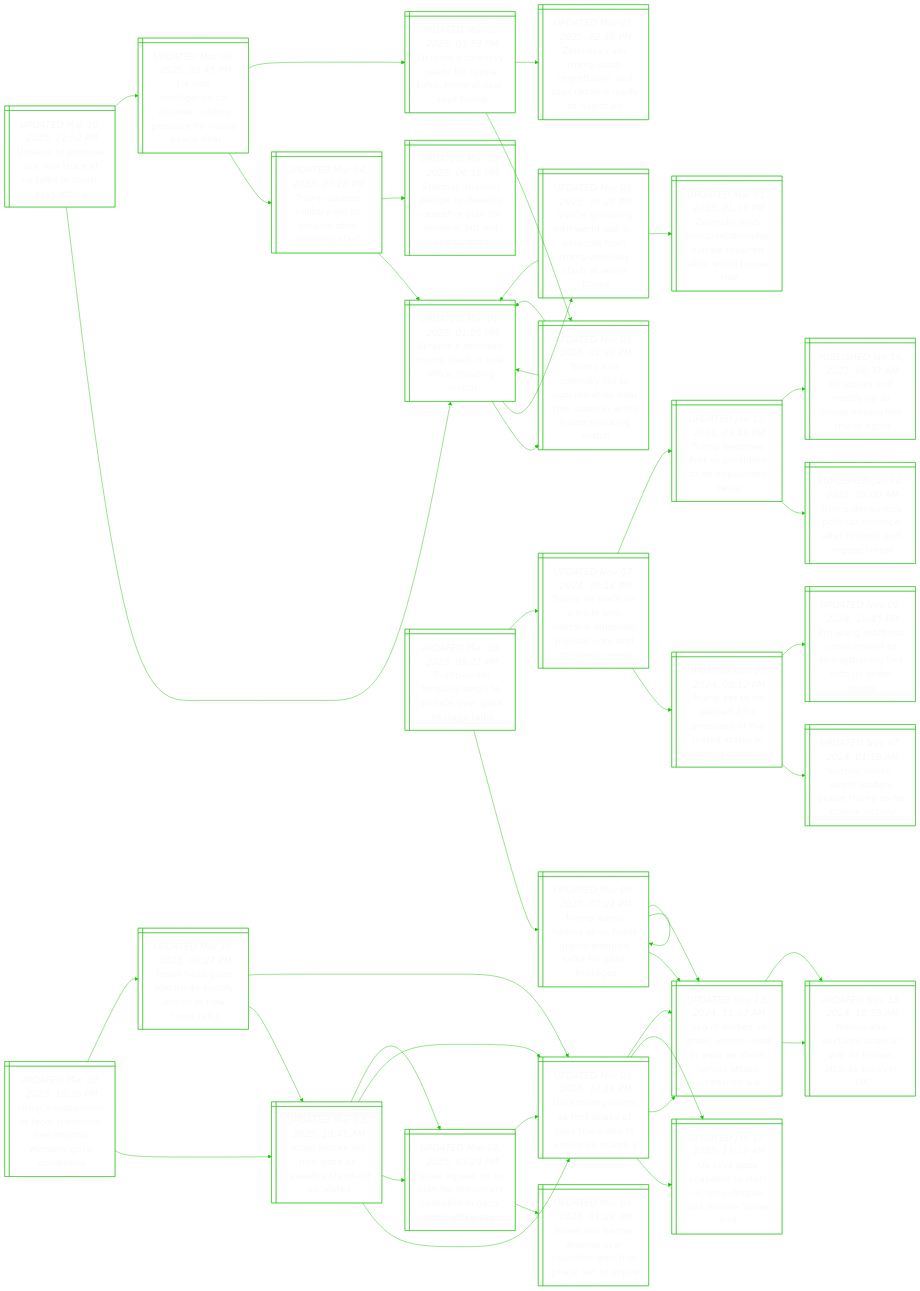
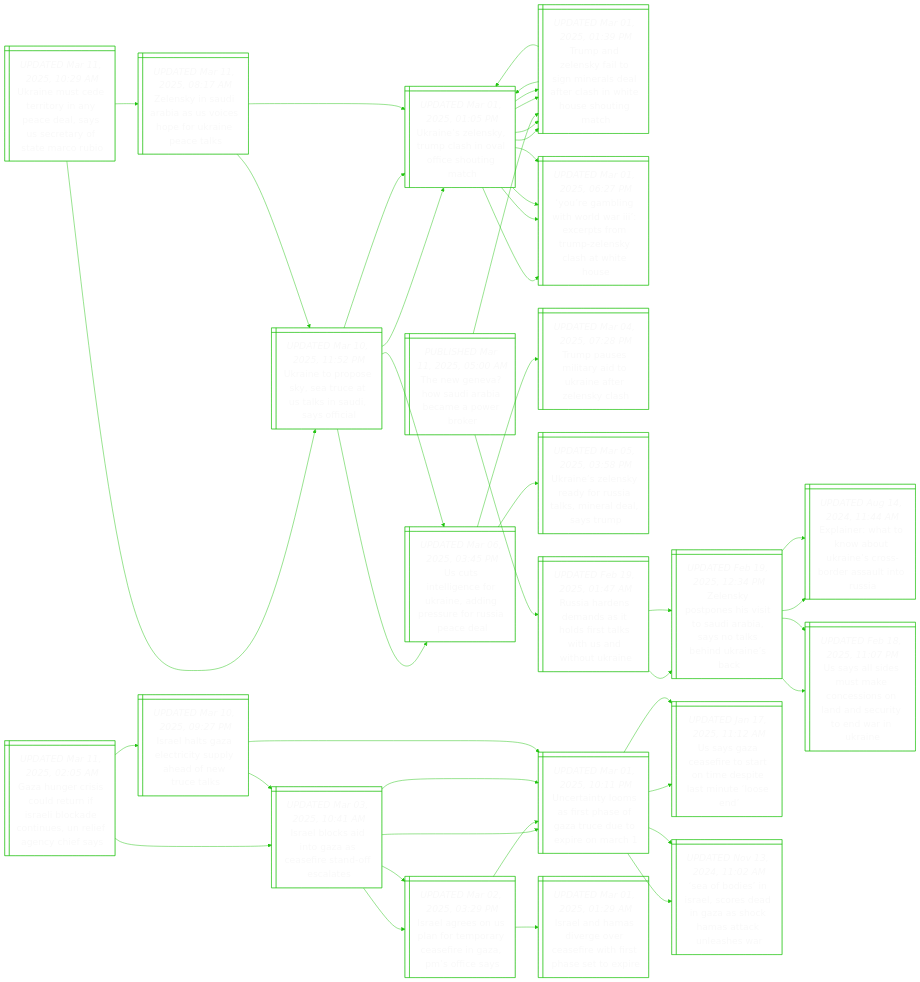
Before and after one commit to notJmes/notJmes: the diagram in README.md, drawn with Mermaid. The commit also changed other lines of this file, not shown here.

```diff
--- a/README.md
+++ b/README.md
@@ -16,100 +16,100 @@
 flowchart LR
 classDef txtsize font-size:20px;
 
+UntttneeyeaSMR@{ shape: win-pane, label: "_UPDATED Mar 11, 2025, 10:29 AM_
+Ukraine must cede territory in any peace deal, says us secretary of state marco rubio" }
 UnreecSsuyi@{ shape: win-pane, label: "_UPDATED Mar 10, 2025, 11:52 PM_
 Ukraine to propose sky, sea truce at us talks in saudi, says official" }
 Unlyphaiogh@{ shape: win-pane, label: "_UPDATED Mar 01, 2025, 01:05 PM_
 Ukraine’s zelensky, trump clash in oval office shouting match" }
 TalytnretaWHsit@{ shape: win-pane, label: "_UPDATED Mar 01, 2025, 01:39 PM_
 Trump and zelensky fail to sign minerals deal after clash in white house shouting match" }
+YgitlIcsTZsaWH@{ shape: win-pane, label: "_UPDATED Mar 01, 2025, 06:27 PM_
+‘you’re gambling with world war iii’: excerpts from trump-zelensky clash at white house" }
+UslnridrrRae@{ shape: win-pane, label: "_UPDATED Mar 06, 2025, 03:45 PM_
+Us cuts intelligence for ukraine, adding pressure for russia peace deal" }
+Tpstikernl@{ shape: win-pane, label: "_UPDATED Mar 04, 2025, 07:28 PM_
+Trump pauses military aid to ukraine after zelensky clash" }
+UnlyyutmalT@{ shape: win-pane, label: "_UPDATED Mar 05, 2025, 03:58 PM_
+Ukraine’s zelensky ready for russia talks, mineral deal, says trump" }
+ZsSAavsfrpt@{ shape: win-pane, label: "_UPDATED Mar 11, 2025, 08:17 AM_
+Zelensky in saudi arabia as us voices hope for ukraine peace talks" }
+UnreecSsuyi@{ shape: win-pane, label: "_UPDATED Mar 10, 2025, 11:52 PM_
+Ukraine to propose sky, sea truce at us talks in saudi, says official" }
 Unlyphaiogh@{ shape: win-pane, label: "_UPDATED Mar 01, 2025, 01:05 PM_
 Ukraine’s zelensky, trump clash in oval office shouting match" }
+UslnridrrRae@{ shape: win-pane, label: "_UPDATED Mar 06, 2025, 03:45 PM_
+Us cuts intelligence for ukraine, adding pressure for russia peace deal" }
 Unlyphaiogh@{ shape: win-pane, label: "_UPDATED Mar 01, 2025, 01:05 PM_
 Ukraine’s zelensky, trump clash in oval office shouting match" }
+TalytnretaWHsit@{ shape: win-pane, label: "_UPDATED Mar 01, 2025, 01:39 PM_
+Trump and zelensky fail to sign minerals deal after clash in white house shouting match" }
+YgitlIcsTZsaWH@{ shape: win-pane, label: "_UPDATED Mar 01, 2025, 06:27 PM_
+‘you’re gambling with world war iii’: excerpts from trump-zelensky clash at white house" }
+
+UntttneeyeaSMR:::txtsize --> UnreecSsuyi:::txtsize
+UnreecSsuyi:::txtsize --> Unlyphaiogh:::txtsize
+Unlyphaiogh:::txtsize --> TalytnretaWHsit:::txtsize
+Unlyphaiogh:::txtsize --> YgitlIcsTZsaWH:::txtsize
+UnreecSsuyi:::txtsize --> UslnridrrRae:::txtsize
+UslnridrrRae:::txtsize --> Tpstikernl:::txtsize
+UslnridrrRae:::txtsize --> UnlyyutmalT:::txtsize
+UntttneeyeaSMR:::txtsize --> ZsSAavsfrpt:::txtsize
+ZsSAavsfrpt:::txtsize --> UnreecSsuyi:::txtsize
+UnreecSsuyi:::txtsize --> Unlyphaiogh:::txtsize
+UnreecSsuyi:::txtsize --> UslnridrrRae:::txtsize
+ZsSAavsfrpt:::txtsize --> Unlyphaiogh:::txtsize
+Unlyphaiogh:::txtsize --> TalytnretaWHsit:::txtsize
+Unlyphaiogh:::txtsize --> YgitlIcsTZsaWH:::txtsize
+
+TwvSAamwo@{ shape: win-pane, label: "_PUBLISHED Mar 11, 2025, 05:00 AM_
+The new geneva? how saudi arabia became a power broker" }
+TalytnretaWHsit@{ shape: win-pane, label: "_UPDATED Mar 01, 2025, 01:39 PM_
+Trump and zelensky fail to sign minerals deal after clash in white house shouting match" }
+Unlyphaiogh@{ shape: win-pane, label: "_UPDATED Mar 01, 2025, 01:05 PM_
+Ukraine’s zelensky, trump clash in oval office shouting match" }
+TalytnretaWHsit@{ shape: win-pane, label: "_UPDATED Mar 01, 2025, 01:39 PM_
+Trump and zelensky fail to sign minerals deal after clash in white house shouting match" }
 YgitlIcsTZsaWH@{ shape: win-pane, label: "_UPDATED Mar 01, 2025, 06:27 PM_
 ‘you’re gambling with world war iii’: excerpts from trump-zelensky clash at white house" }
 Unlyphaiogh@{ shape: win-pane, label: "_UPDATED Mar 01, 2025, 01:05 PM_
 Ukraine’s zelensky, trump clash in oval office shouting match" }
-Zsymasaeeets@{ shape: win-pane, label: "_UPDATED Mar 01, 2025, 01:10 PM_
-Zelensky says trump relationship can be repaired after white house row" }
-UslnridrrRae@{ shape: win-pane, label: "_UPDATED Mar 06, 2025, 03:45 PM_
-Us cuts intelligence for ukraine, adding pressure for russia peace deal" }
-Tpstikernl@{ shape: win-pane, label: "_UPDATED Mar 04, 2025, 07:28 PM_
-Trump pauses military aid to ukraine after zelensky clash" }
-Unlyphaiogh@{ shape: win-pane, label: "_UPDATED Mar 01, 2025, 01:05 PM_
-Ukraine’s zelensky, trump clash in oval office shouting match" }
-Sereolarnkeiet@{ shape: win-pane, label: "_UPDATED Mar 03, 2025, 06:16 PM_
-Starmer, macron pledge to develop ceasefire plan for ukraine, but will the us bite?" }
-UnlyyutmalT@{ shape: win-pane, label: "_UPDATED Mar 05, 2025, 03:58 PM_
-Ukraine’s zelensky ready for russia talks, mineral deal, says trump" }
 TalytnretaWHsit@{ shape: win-pane, label: "_UPDATED Mar 01, 2025, 01:39 PM_
 Trump and zelensky fail to sign minerals deal after clash in white house shouting match" }
-Zsluagansiani@{ shape: win-pane, label: "_UPDATED Mar 05, 2025, 02:40 PM_
-Zelensky calls trump clash ‘regrettable’ and says ukraine ready to negotiate" }
+YgitlIcsTZsaWH@{ shape: win-pane, label: "_UPDATED Mar 01, 2025, 06:27 PM_
+‘you’re gambling with world war iii’: excerpts from trump-zelensky clash at white house" }
+RaemaoiaiatUn@{ shape: win-pane, label: "_UPDATED Feb 19, 2025, 01:47 AM_
+Russia hardens demands as it holds first talks with us and without ukraine" }
+ZssevtdbyaeUnc@{ shape: win-pane, label: "_UPDATED Feb 19, 2025, 12:34 PM_
+Zelensky postpones his visit to saudi arabia, says no talks behind ukraine’s back" }
+Eihkbkesdsiu@{ shape: win-pane, label: "_UPDATED Aug 14, 2024, 11:44 AM_
+Explainer: what to know about ukraine’s cross-border assault into russia" }
+UsiukcolnutwUn@{ shape: win-pane, label: "_UPDATED Feb 18, 2025, 11:07 PM_
+Us says all sides must make concessions on land and security to end war in ukraine" }
+ZssevtdbyaeUnc@{ shape: win-pane, label: "_UPDATED Feb 19, 2025, 12:34 PM_
+Zelensky postpones his visit to saudi arabia, says no talks behind ukraine’s back" }
+Eihkbkesdsiu@{ shape: win-pane, label: "_UPDATED Aug 14, 2024, 11:44 AM_
+Explainer: what to know about ukraine’s cross-border assault into russia" }
+UsiukcolnutwUn@{ shape: win-pane, label: "_UPDATED Feb 18, 2025, 11:07 PM_
+Us says all sides must make concessions on land and security to end war in ukraine" }
 
-UnreecSsuyi:::txtsize --> Unlyphaiogh:::txtsize
+TwvSAamwo:::txtsize --> TalytnretaWHsit:::txtsize
+TalytnretaWHsit:::txtsize --> Unlyphaiogh:::txtsize
 Unlyphaiogh:::txtsize --> TalytnretaWHsit:::txtsize
+Unlyphaiogh:::txtsize --> YgitlIcsTZsaWH:::txtsize
 TalytnretaWHsit:::txtsize --> Unlyphaiogh:::txtsize
-TalytnretaWHsit:::txtsize --> Unlyphaiogh:::txtsize
+Unlyphaiogh:::txtsize --> TalytnretaWHsit:::txtsize
 Unlyphaiogh:::txtsize --> YgitlIcsTZsaWH:::txtsize
-YgitlIcsTZsaWH:::txtsize --> Unlyphaiogh:::txtsize
-YgitlIcsTZsaWH:::txtsize --> Zsymasaeeets:::txtsize
-UnreecSsuyi:::txtsize --> UslnridrrRae:::txtsize
-UslnridrrRae:::txtsize --> Tpstikernl:::txtsize
-Tpstikernl:::txtsize --> Unlyphaiogh:::txtsize
-Tpstikernl:::txtsize --> Sereolarnkeiet:::txtsize
-UslnridrrRae:::txtsize --> UnlyyutmalT:::txtsize
-UnlyyutmalT:::txtsize --> TalytnretaWHsit:::txtsize
-UnlyyutmalT:::txtsize --> Zsluagansiani:::txtsize
+TwvSAamwo:::txtsize --> RaemaoiaiatUn:::txtsize
+RaemaoiaiatUn:::txtsize --> ZssevtdbyaeUnc:::txtsize
+ZssevtdbyaeUnc:::txtsize --> Eihkbkesdsiu:::txtsize
+ZssevtdbyaeUnc:::txtsize --> UsiukcolnutwUn:::txtsize
+RaemaoiaiatUn:::txtsize --> ZssevtdbyaeUnc:::txtsize
+ZssevtdbyaeUnc:::txtsize --> Eihkbkesdsiu:::txtsize
+ZssevtdbyaeUnc:::txtsize --> UsiukcolnutwUn:::txtsize
 
-TIlieoaeaal@{ shape: win-pane, label: "_UPDATED Mar 10, 2025, 09:21 PM_
-Trump-israel tensions begin to surface over gaza hostage talks" }
-TwHaoneekGoe@{ shape: win-pane, label: "_UPDATED Mar 06, 2025, 07:21 PM_
-Trump warns hamas as us holds unprecedented talks for gaza hostages" }
-TwHaoneekGoe@{ shape: win-pane, label: "_UPDATED Mar 06, 2025, 07:21 PM_
-Trump warns hamas as us holds unprecedented talks for gaza hostages" }
-TwHaoneekGoe@{ shape: win-pane, label: "_UPDATED Mar 06, 2025, 07:21 PM_
-Trump warns hamas as us holds unprecedented talks for gaza hostages" }
-Sbsrcdnacaale@{ shape: win-pane, label: "_UPDATED Nov 13, 2024, 11:02 AM_
-‘sea of bodies’ in israel, scores dead in gaza as shock hamas attack unleashes war" }
-Sbsrcdnacaale@{ shape: win-pane, label: "_UPDATED Nov 13, 2024, 11:02 AM_
-‘sea of bodies’ in israel, scores dead in gaza as shock hamas attack unleashes war" }
-NyeeawHakl@{ shape: win-pane, label: "_UPDATED Nov 13, 2024, 10:58 AM_
-Netanyahu declares israel at war as hamas attacks kill over 100" }
-NyeeawHakl@{ shape: win-pane, label: "_UPDATED Nov 13, 2024, 10:58 AM_
-Netanyahu declares israel at war as hamas attacks kill over 100" }
-TocalEoaipvngs@{ shape: win-pane, label: "_UPDATED Nov 07, 2024, 08:14 PM_
-Trump on track for a triple win: electoral landslide, popular vote and congress sweep" }
-TsbchioUdetne@{ shape: win-pane, label: "_UPDATED Nov 07, 2024, 08:12 PM_
-Trump set to be elected 47th president of the united states in stunning comeback" }
-Hrtoessmemt@{ shape: win-pane, label: "_UPDATED Nov 07, 2024, 01:18 AM_
-‘historic return’: world leaders praise trump as he claims victory" }
-PgfctteetiuT@{ shape: win-pane, label: "_UPDATED Nov 06, 2024, 10:45 PM_
-Pm wong reaffirms commitment to strengthening ties with us under trump" }
-Tbesrebede@{ shape: win-pane, label: "_UPDATED Jan 15, 2021, 03:49 PM_
-Trump becomes first us president to be impeached twice" }
-Tdnocoerodan@{ shape: win-pane, label: "_PUBLISHED Jan 14, 2021, 08:00 AM_
-Trump denounces political violence after historic 2nd impeachment" }
-UcdlseaTa@{ shape: win-pane, label: "_PUBLISHED Jan 14, 2021, 06:37 AM_
-Us stocks end mostly up as house impeaches trump again" }
-
-TIlieoaeaal:::txtsize --> TwHaoneekGoe:::txtsize
-TwHaoneekGoe:::txtsize --> TwHaoneekGoe:::txtsize
-TwHaoneekGoe:::txtsize --> TwHaoneekGoe:::txtsize
-TwHaoneekGoe:::txtsize --> Sbsrcdnacaale:::txtsize
-TwHaoneekGoe:::txtsize --> Sbsrcdnacaale:::txtsize
-Sbsrcdnacaale:::txtsize --> NyeeawHakl:::txtsize
-Sbsrcdnacaale:::txtsize --> NyeeawHakl:::txtsize
-TIlieoaeaal:::txtsize --> TocalEoaipvngs:::txtsize
-TocalEoaipvngs:::txtsize --> TsbchioUdetne:::txtsize
-TsbchioUdetne:::txtsize --> Hrtoessmemt:::txtsize
-TsbchioUdetne:::txtsize --> PgfctteetiuT:::txtsize
-TocalEoaipvngs:::txtsize --> Tbesrebede:::txtsize
-Tbesrebede:::txtsize --> Tdnocoerodan:::txtsize
-Tbesrebede:::txtsize --> UcdlseaTa:::txtsize
-
-Ilpoodeitsano@{ shape: win-pane, label: "_UPDATED Mar 10, 2025, 10:26 PM_
-Israel’s suspension of food, medicine, fuel imports worsens gaza conditions" }
+Gucsdrsikourfces@{ shape: win-pane, label: "_UPDATED Mar 11, 2025, 02:05 AM_
+Gaza hunger crisis could return if israeli blockade continues, un relief agency chief says" }
 Ilkiacftfas@{ shape: win-pane, label: "_UPDATED Mar 03, 2025, 10:41 AM_
 Israel blocks aid into gaza as ceasefire stand-off escalates" }
 UtysraGruxoc@{ shape: win-pane, label: "_UPDATED Mar 01, 2025, 10:11 PM_
@@ -139,14 +139,14 @@
 Sbsrcdnacaale@{ shape: win-pane, label: "_UPDATED Nov 13, 2024, 11:02 AM_
 ‘sea of bodies’ in israel, scores dead in gaza as shock hamas attack unleashes war" }
 
-Ilpoodeitsano:::txtsize --> Ilkiacftfas:::txtsize
+Gucsdrsikourfces:::txtsize --> Ilkiacftfas:::txtsize
 Ilkiacftfas:::txtsize --> UtysraGruxoc:::txtsize
 UtysraGruxoc:::txtsize --> Uscfotmpanon:::txtsize
 UtysraGruxoc:::txtsize --> Sbsrcdnacaale:::txtsize
 Ilkiacftfas:::txtsize --> IleSfmrsezoe:::txtsize
 IleSfmrsezoe:::txtsize --> Ilaiecfiratp:::txtsize
 IleSfmrsezoe:::txtsize --> UtysraGruxoc:::txtsize
-Ilpoodeitsano:::txtsize --> Ilserylaeck:::txtsize
+Gucsdrsikourfces:::txtsize --> Ilserylaeck:::txtsize
 Ilserylaeck:::txtsize --> Ilkiacftfas:::txtsize
 Ilkiacftfas:::txtsize --> UtysraGruxoc:::txtsize
 Ilkiacftfas:::txtsize --> IleSfmrsezoe:::txtsize
```
